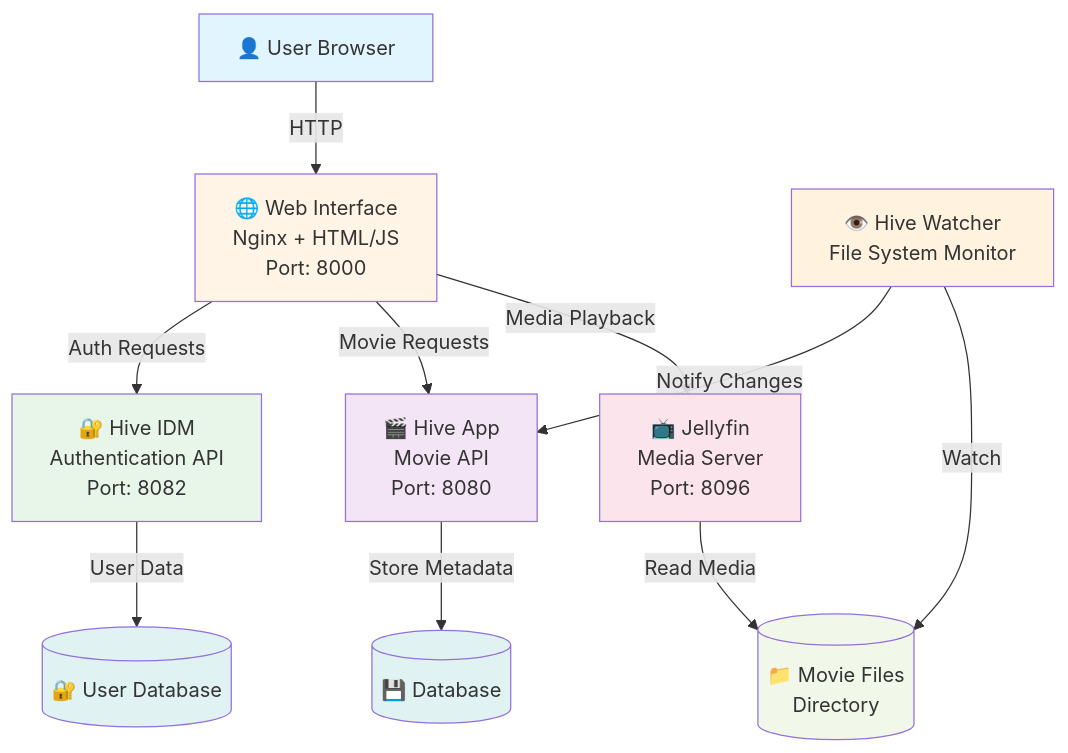
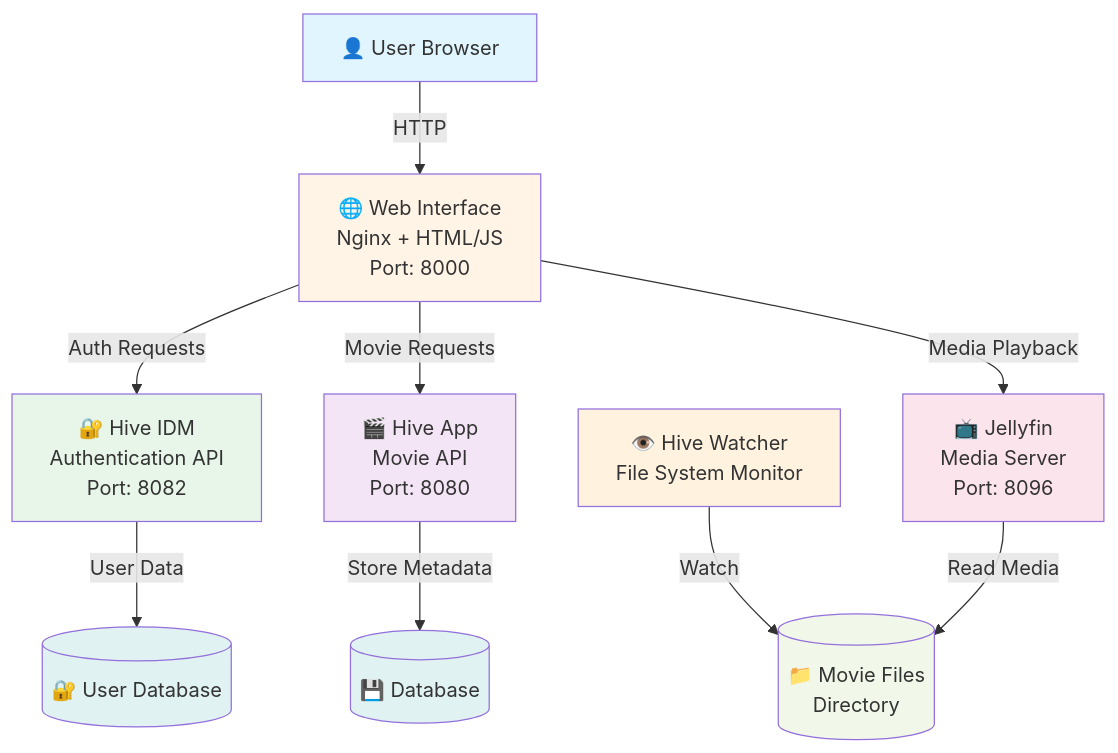
Before and after one commit to ekinbulut/hive-movie-platfrom: the first of 2 diagrams in README.md, drawn with Mermaid. The commit also changed other lines of this file, not shown here.

Commit message:
Update README to clarify watcher interactions and metadata extraction process

````diff
--- a/README.md
+++ b/README.md
@@ -28,28 +28,28 @@
 ```mermaid
 graph TB
     User[👤 User Browser]
     
     User -->|HTTP| Web[🌐 Web Interface<br/>Nginx + HTML/JS<br/>Port: 8000]
     
     Web -->|Auth Requests| IDM[🔐 Hive IDM<br/>Authentication API<br/>Port: 8082]
     Web -->|Movie Requests| App[🎬 Hive App<br/>Movie API<br/>Port: 8080]
     Web -->|Media Playback| Jellyfin[📺 Jellyfin<br/>Media Server<br/>Port: 8096]
     
-    Watcher[👁️ Hive Watcher<br/>File System Monitor] -->|Notify Changes| App
+    Watcher[👁️ Hive Watcher<br/>File System Monitor]
     Watcher -->|Watch| Movies[(📁 Movie Files<br/>Directory)]
     
     App -->|Store Metadata| DB[(💾 Database)]
     IDM -->|User Data| UserDB[(🔐 User Database)]
     
     Jellyfin -->|Read Media| Movies
     
     style User fill:#e1f5ff
     style Web fill:#fff4e6
     style App fill:#f3e5f5
     style IDM fill:#e8f5e9
     style Jellyfin fill:#fce4ec
     style Watcher fill:#fff3e0
     style Movies fill:#f1f8e9
     style DB fill:#e0f2f1
     style UserDB fill:#e0f2f1
 ```
````
